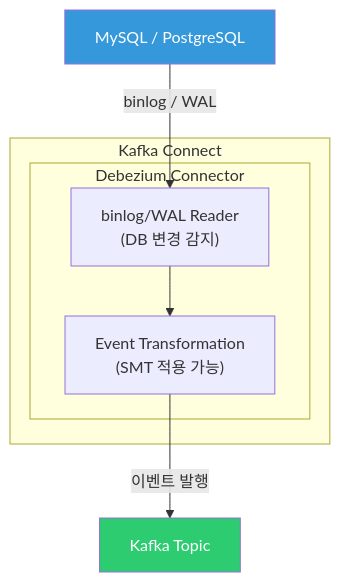
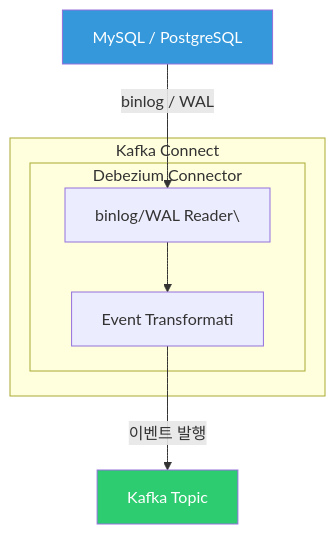
Before and after one commit to yjkim2015/yjkim2015.github.io: the fourth of 6 diagrams in _posts/kafka/2026-05-01-kafka-outbox-cdc.md, drawn with Mermaid. The commit also changed other lines of this file and 271 other files, not shown here.

First line of the commit message:
Mermaid 라벨 축소: 긴 노드 텍스트 18자 이하로 트림 + \n 제거

````diff
--- a/_posts/kafka/2026-05-01-kafka-outbox-cdc.md
+++ b/_posts/kafka/2026-05-01-kafka-outbox-cdc.md
@@ -207,14 +207,14 @@
 ```mermaid
 flowchart TD
     subgraph "Kafka Connect"
         subgraph "Debezium Connector"
-            READER["binlog/WAL Reader\n(DB 변경 감지)"]
-            SMT["Event Transformation\n(SMT 적용 가능)"]
+            READER["binlog/WAL Reader\"]
+            SMT["Event Transformati"]
             READER --> SMT
         end
     end
     DB["MySQL / PostgreSQL"] -->|"binlog / WAL"| READER
     SMT -->|"이벤트 발행"| KAFKA["Kafka Topic"]
     style DB fill:#3498db,color:#fff
     style KAFKA fill:#2ecc71,color:#fff
 ```
````
